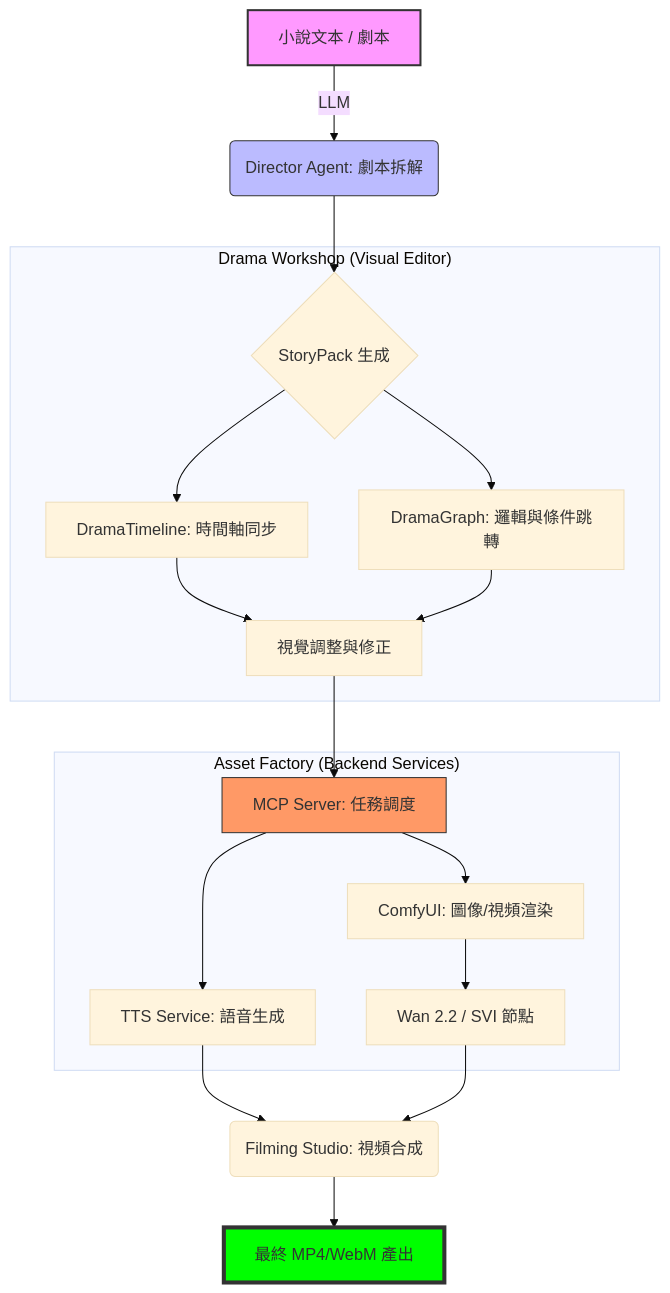
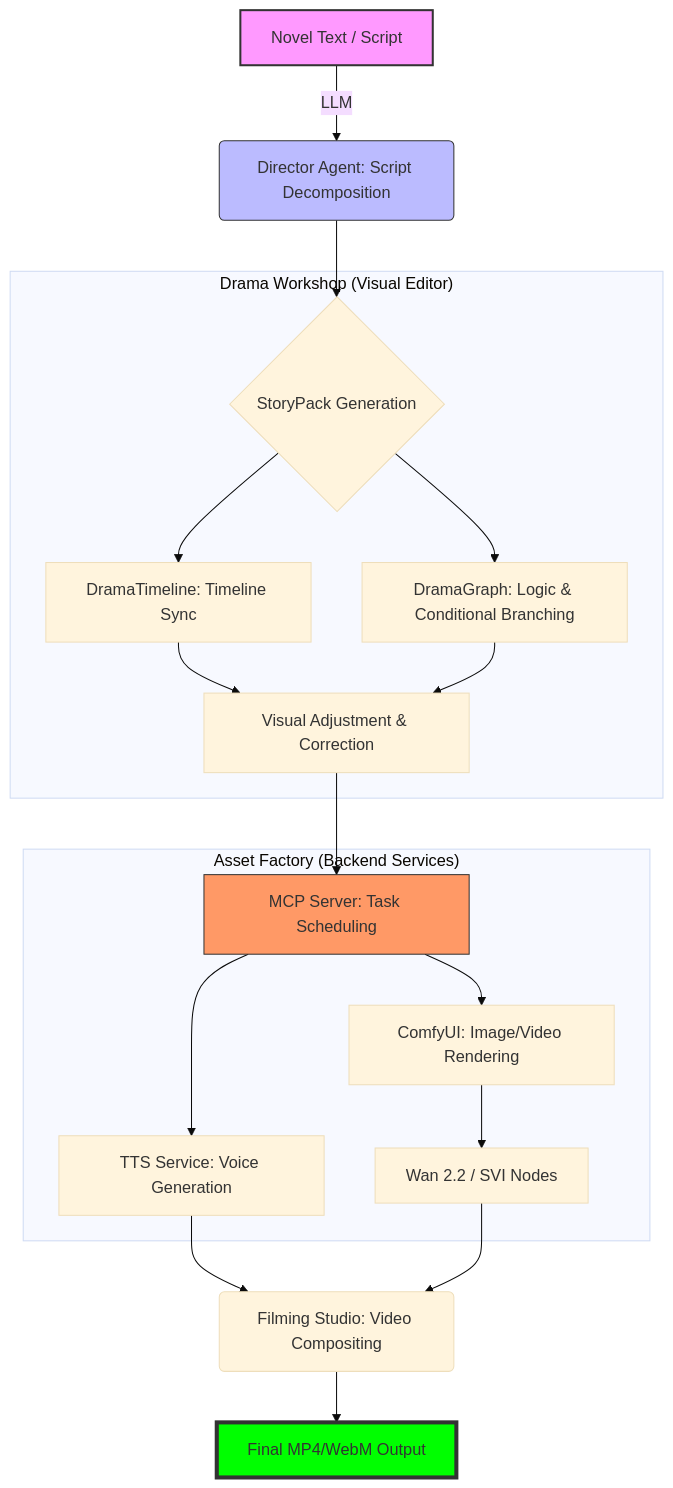
The diagram in public/knowledge/en/12_diagrams/07.Drama_Production_Workflow.md (AtsushiHarimoto/portfolio), drawn with Mermaid (base theme) before and after one commit. The commit also changed other lines of this file and 51 other files, not shown here.

First line of the commit message:
feat: remove YouTube hover animation, strip article numbering, translate 11_claude_code + 12_diagrams (EN/JA)

````diff
--- a/public/knowledge/en/12_diagrams/07.Drama_Production_Workflow.md
+++ b/public/knowledge/en/12_diagrams/07.Drama_Production_Workflow.md
@@ -7,27 +7,27 @@
 ```mermaid
 graph TD
-    A[小說文本 / 劇本] -->|LLM| B(Director Agent: 劇本拆解)
-    B --> C{StoryPack 生成}
+    A[Novel Text / Script] -->|LLM| B(Director Agent: Script Decomposition)
+    B --> C{StoryPack Generation}
 
     subgraph "Drama Workshop (Visual Editor)"
-        C --> D[DramaTimeline: 時間軸同步]
-        C --> E[DramaGraph: 邏輯與條件跳轉]
-        D & E --> F[視覺調整與修正]
+        C --> D[DramaTimeline: Timeline Sync]
+        C --> E[DramaGraph: Logic & Conditional Branching]
+        D & E --> F[Visual Adjustment & Correction]
     end
 
-    F --> G[MCP Server: 任務調度]
+    F --> G[MCP Server: Task Scheduling]
 
     subgraph "Asset Factory (Backend Services)"
-        G --> H[TTS Service: 語音生成]
-        G --> I[ComfyUI: 圖像/視頻渲染]
-        I --> J[Wan 2.2 / SVI 節點]
+        G --> H[TTS Service: Voice Generation]
+        G --> I[ComfyUI: Image/Video Rendering]
+        I --> J[Wan 2.2 / SVI Nodes]
     end
 
-    H & J --> K(Filming Studio: 視頻合成)
-    K --> L[最終 MP4/WebM 產出]
+    H & J --> K(Filming Studio: Video Compositing)
+    K --> L[Final MP4/WebM Output]
 
     style A fill:#f9f,stroke:#333,stroke-width:2px
     style L fill:#00ff00,stroke:#333,stroke-width:4px
     style B fill:#bbf,stroke:#333
     style G fill:#f96,stroke:#333
 ```
````
